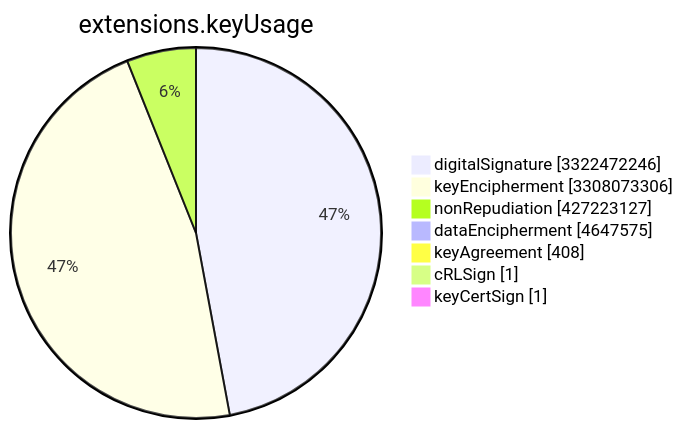
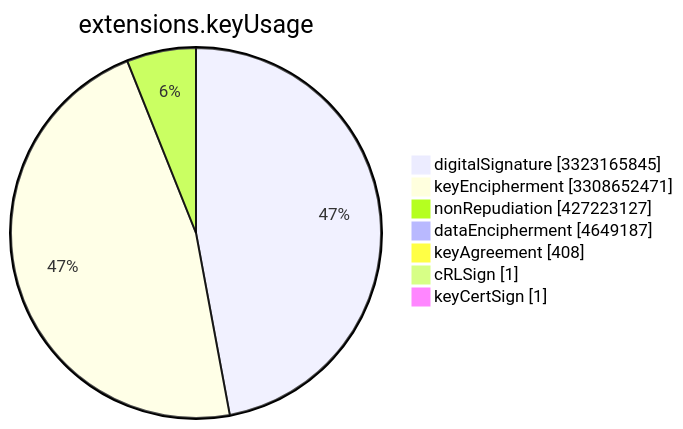
The sixth of 15 diagrams in TOTAL/README.md (christiankrug/ctmonitor_visualization), drawn with Mermaid before and after one commit. The commit also changed other lines of this file, not shown here.

````diff
--- a/TOTAL/README.md
+++ b/TOTAL/README.md
@@ -3078,11 +3078,11 @@
 ```mermaid
 pie showData
 title extensions.keyUsage
-"digitalSignature" :3322472246
-"keyEncipherment" :3308073306
+"digitalSignature" :3323165845
+"keyEncipherment" :3308652471
 "nonRepudiation" :427223127
-"dataEncipherment" :4647575
+"dataEncipherment" :4649187
 "keyAgreement" :408
 "cRLSign" :1
 "keyCertSign" :1
 ```
````
